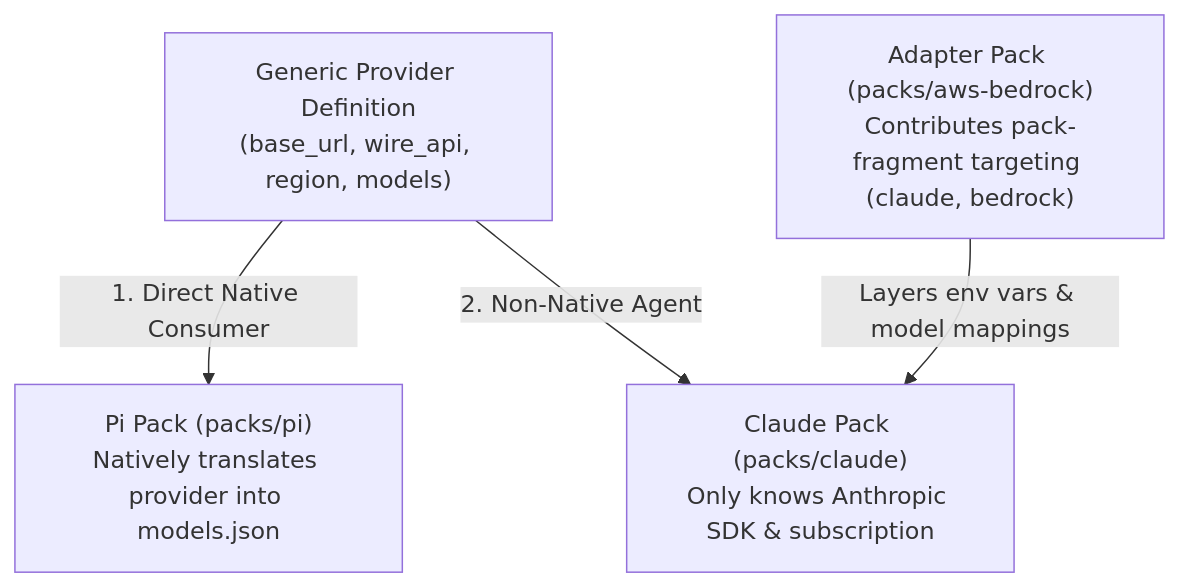
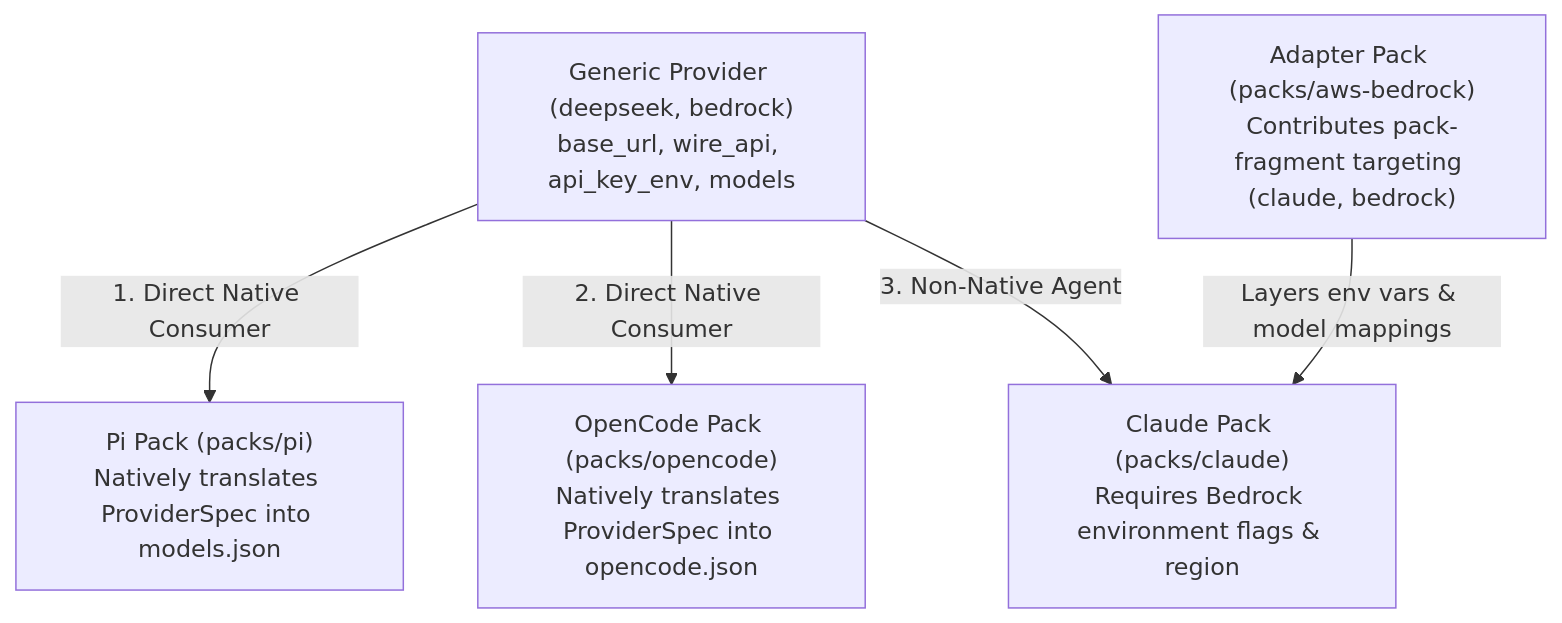
One commit to mschulkind-oss/yolo-jail changed the fourth of 4 diagrams in docs/design/pack-profiles.md. Above: the diagram before and after it, drawn with Mermaid. The commit also changed other lines of this file, not shown here.

Commit message:
docs: expand pack profiles design with typed ProviderSpec, dual-layer architecture, and secrets isolation

````diff
--- a/docs/design/pack-profiles.md
+++ b/docs/design/pack-profiles.md
@@ -358,12 +313,14 @@
 ```mermaid
 flowchart TD
-    PROV["Generic Provider Definition<br/>(base_url, wire_api, region, models)"]
+    PROV["Generic Provider (deepseek, bedrock)<br/>base_url, wire_api, api_key_env, models"]
 
-    PROV -->|1. Direct Native Consumer| PI["Pi Pack (packs/pi)<br/>Natively translates provider into models.json"]
+    PROV -->|1. Direct Native Consumer| PI["Pi Pack (packs/pi)<br/>Natively translates ProviderSpec into models.json"]
 
-    PROV -->|2. Non-Native Agent| CLAUDE["Claude Pack (packs/claude)<br/>Only knows Anthropic SDK & subscription"]
+    PROV -->|2. Direct Native Consumer| OC["OpenCode Pack (packs/opencode)<br/>Natively translates ProviderSpec into opencode.json"]
+
+    PROV -->|3. Non-Native Agent| CLAUDE["Claude Pack (packs/claude)<br/>Requires Bedrock environment flags & region"]
 
     ADAPTER["Adapter Pack (packs/aws-bedrock)<br/>Contributes pack-fragment targeting (claude, bedrock)"]
 
     ADAPTER -->|Layers env vars & model mappings| CLAUDE
 ```
````
